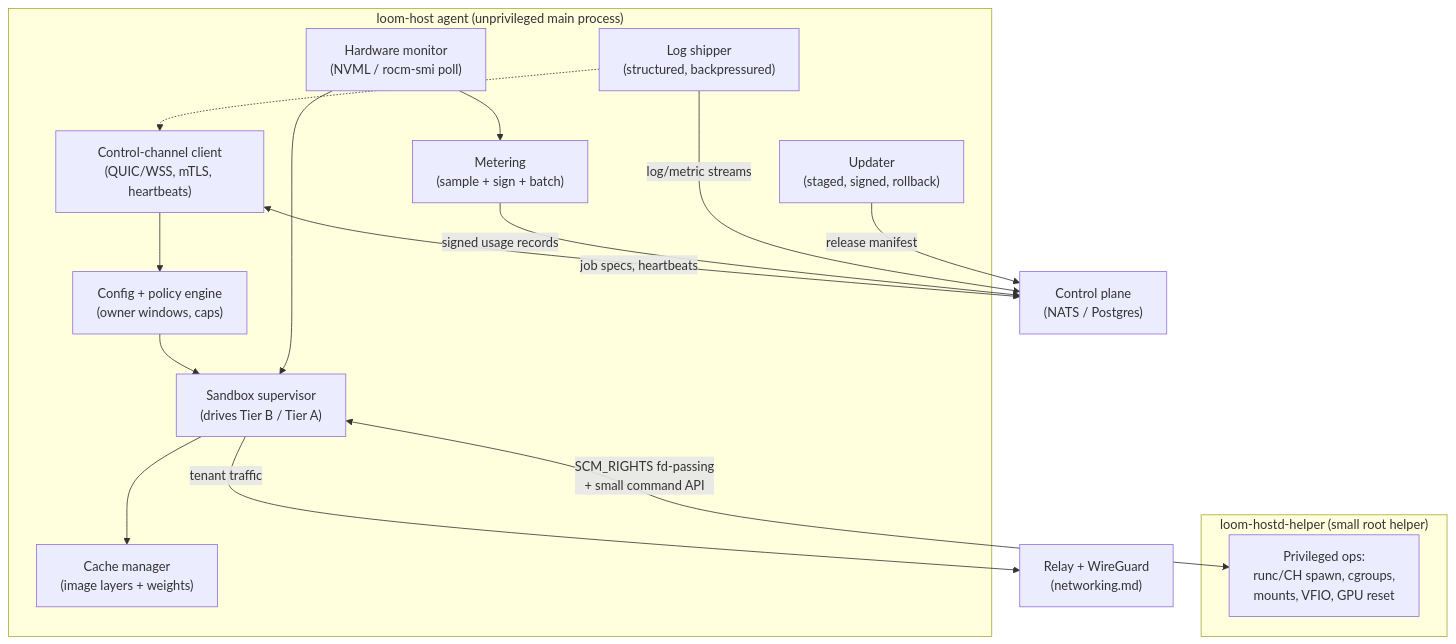
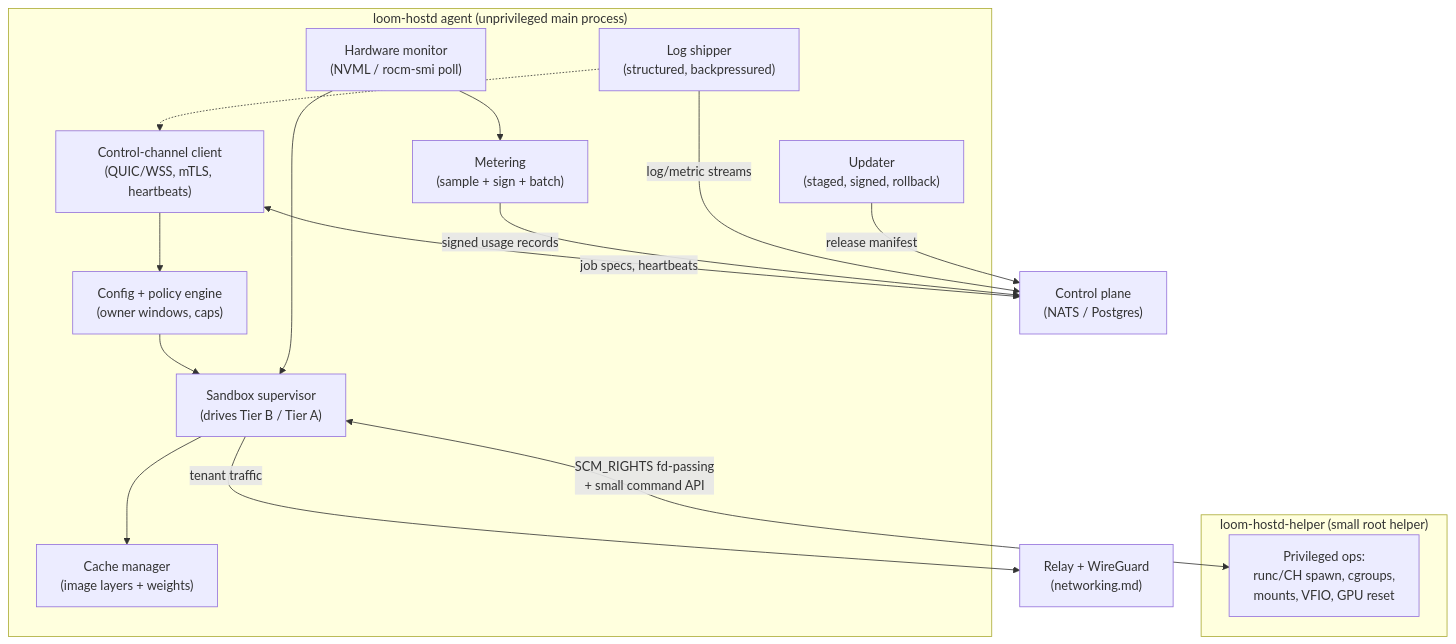
Before and after one commit to Zarlanx/loom: the first of 3 diagrams in docs/platform/host-agent.md, drawn with Mermaid. The commit also changed other lines of this file and 12 other files, not shown here.

Commit message:
docs: reconcile doc set to self-host-first — rename loom-host to loom-hostd, profile qualifiers, front-door reframe, design-review addendum

````diff
--- a/docs/platform/host-agent.md
+++ b/docs/platform/host-agent.md
@@ -29,33 +29,33 @@
 ```mermaid
 flowchart TB
-    subgraph agent["loom-host agent (unprivileged main process)"]
+    subgraph agent["loom-hostd agent (unprivileged main process)"]
         CC["Control-channel client<br/>(QUIC/WSS, mTLS, heartbeats)"]
         HM["Hardware monitor<br/>(NVML / rocm-smi poll)"]
         SS["Sandbox supervisor<br/>(drives Tier B / Tier A)"]
         MET["Metering<br/>(sample + sign + batch)"]
         LOG["Log shipper<br/>(structured, backpressured)"]
         CM["Cache manager<br/>(image layers + weights)"]
         UPD["Updater<br/>(staged, signed, rollback)"]
         CFG["Config + policy engine<br/>(owner windows, caps)"]
     end
 
     subgraph helper["loom-hostd-helper (small root helper)"]
         PRIV["Privileged ops:<br/>runc/CH spawn, cgroups,<br/>mounts, VFIO, GPU reset"]
     end
 
     CP["Control plane<br/>(NATS / Postgres)"]
     RELAY["Relay + WireGuard<br/>(networking.md)"]
 
     CC <-->|"job specs, heartbeats"| CP
     MET -->|"signed usage records"| CP
     LOG -->|"log/metric streams"| CP
     UPD -->|"release manifest"| CP
     CC --> CFG
     CFG --> SS
     HM --> SS
     HM --> MET
     SS <-->|"SCM_RIGHTS fd-passing<br/>+ small command API"| PRIV
     SS --> CM
     SS -->|"tenant traffic"| RELAY
     LOG -.-> CC
 ```
````
